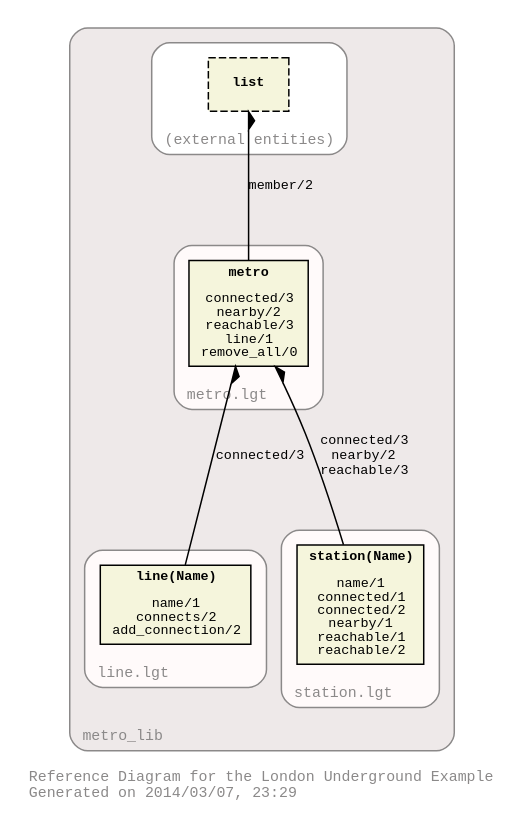
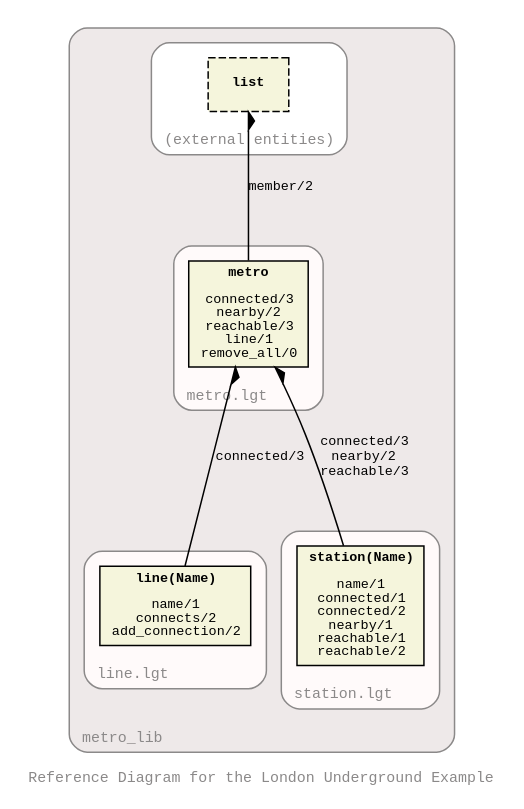
One commit to java-prolog-connectivity/jpc.examples changed the diagram in src/main/resources/org/jpc/examples/metro/dot_diagrams/metro_lib_xref_diagram.dot. Above: the diagram before and after it, drawn with Graphviz. The commit also changed 2 other files, not shown here.

```diff
--- a/src/main/resources/org/jpc/examples/metro/dot_diagrams/metro_lib_xref_diagram.dot
+++ b/src/main/resources/org/jpc/examples/metro/dot_diagrams/metro_lib_xref_diagram.dot
@@ -1,89 +1,89 @@
 digraph metro_lib {
 rankdir="BT"
 ranksep="1.25"
 compound="true"
 splines="true"
 pack="true"
 clusterrank="local"
 labeljust="l"
 margin="1.0"
 fontname="Courier"
 fontsize="10"
 fontcolor="snow4"
 pencolor="snow4"
 node [shape="ellipse",style="filled",fillcolor="white",fontname="Courier",fontsize="9"]
 edge [fontname="Courier",fontsize="9"]
-label="Reference Diagram for the London Underground Example\lGenerated on 2014/03/07, 23:29\l"
+label="Reference Diagram for the London Underground Example\l"
 
 subgraph "cluster_library_metro_lib" {
 tooltip="/Users/sergioc/Documents/workspaces/heal/jpc_examples/src/main/resources/org/jpc/examples/metro/"
 bgcolor="snow2"
 style="rounded"
 margin="10"
 label="metro_lib"
 subgraph "cluster_file_/Users/sergioc/Documents/workspaces/heal/jpc_examples/src/main/resources/org/jpc/examples/metro/generate_docs.lgt" {
 tooltip="/Users/sergioc/Documents/workspaces/heal/jpc_examples/src/main/resources/org/jpc/examples/metro/generate_docs.lgt"
 bgcolor="snow"
 style="rounded"
 margin="10"
 label="generate_docs.lgt"
 }
 
 subgraph "cluster_file_/Users/sergioc/Documents/workspaces/heal/jpc_examples/src/main/resources/org/jpc/examples/metro/metro.lgt" {
 tooltip="/Users/sergioc/Documents/workspaces/heal/jpc_examples/src/main/resources/org/jpc/examples/metro/metro.lgt"
 bgcolor="snow"
 style="rounded"
 margin="10"
 label="metro.lgt"
 "metro" [shape="box",tooltip="prototype",style="filled",fillcolor="beige",label=<<B>metro</B><BR/> <BR/><![CDATA[connected/3]]><BR/><![CDATA[nearby/2]]><BR/><![CDATA[reachable/3]]><BR/><![CDATA[line/1]]><BR/><![CDATA[remove_all/0]]><BR/>>]
 }
 
 subgraph "cluster_file_/Users/sergioc/Documents/workspaces/heal/jpc_examples/src/main/resources/org/jpc/examples/metro/station.lgt" {
 tooltip="/Users/sergioc/Documents/workspaces/heal/jpc_examples/src/main/resources/org/jpc/examples/metro/station.lgt"
 bgcolor="snow"
 style="rounded"
 margin="10"
 label="station.lgt"
 "station(Name)" [shape="box",tooltip="prototype",style="filled",fillcolor="beige",label=<<B>station(Name)</B><BR/> <BR/><![CDATA[name/1]]><BR/><![CDATA[connected/1]]><BR/><![CDATA[connected/2]]><BR/><![CDATA[nearby/1]]><BR/><![CDATA[reachable/1]]><BR/><![CDATA[reachable/2]]><BR/>>]
 }
 
 subgraph "cluster_file_/Users/sergioc/Documents/workspaces/heal/jpc_examples/src/main/resources/org/jpc/examples/metro/line.lgt" {
 tooltip="/Users/sergioc/Documents/workspaces/heal/jpc_examples/src/main/resources/org/jpc/examples/metro/line.lgt"
 bgcolor="snow"
 style="rounded"
 margin="10"
 label="line.lgt"
 "line(Name)" [shape="box",tooltip="prototype",style="filled",fillcolor="beige",label=<<B>line(Name)</B><BR/> <BR/><![CDATA[name/1]]><BR/><![CDATA[connects/2]]><BR/><![CDATA[add_connection/2]]><BR/>>]
 }
 
 subgraph "cluster_file_/Users/sergioc/Documents/workspaces/heal/jpc_examples/src/main/resources/org/jpc/examples/metro/generate_diagrams.lgt" {
 tooltip="/Users/sergioc/Documents/workspaces/heal/jpc_examples/src/main/resources/org/jpc/examples/metro/generate_diagrams.lgt"
 bgcolor="snow"
 style="rounded"
 margin="10"
 label="generate_diagrams.lgt"
 }
 
 subgraph "cluster_file_/Users/sergioc/Documents/workspaces/heal/jpc_examples/src/main/resources/org/jpc/examples/metro/load_all.lgt" {
 tooltip="/Users/sergioc/Documents/workspaces/heal/jpc_examples/src/main/resources/org/jpc/examples/metro/load_all.lgt"
 bgcolor="snow"
 style="rounded"
 margin="10"
 label="load_all.lgt"
 }
 
 subgraph "cluster_other" {
 tooltip="(external entities)"
 bgcolor="white"
 style="rounded"
 margin="10"
 label="(external entities)"
 "list" [shape="box",tooltip="prototype",style="filled,dashed",fillcolor="beige",label=<<B>list</B>>]
 }
 
 "metro" -> "list" [arrowhead="rdiamond",tooltip="calls",label=<<![CDATA[member/2]]><BR/>>]
 "station(Name)" -> "metro" [arrowhead="rdiamond",tooltip="calls",label=<<![CDATA[connected/3]]><BR/><![CDATA[nearby/2]]><BR/><![CDATA[reachable/3]]><BR/>>]
 "line(Name)" -> "metro" [arrowhead="rdiamond",tooltip="calls",label=<<![CDATA[connected/3]]><BR/>>]
 }
 
 }
```
